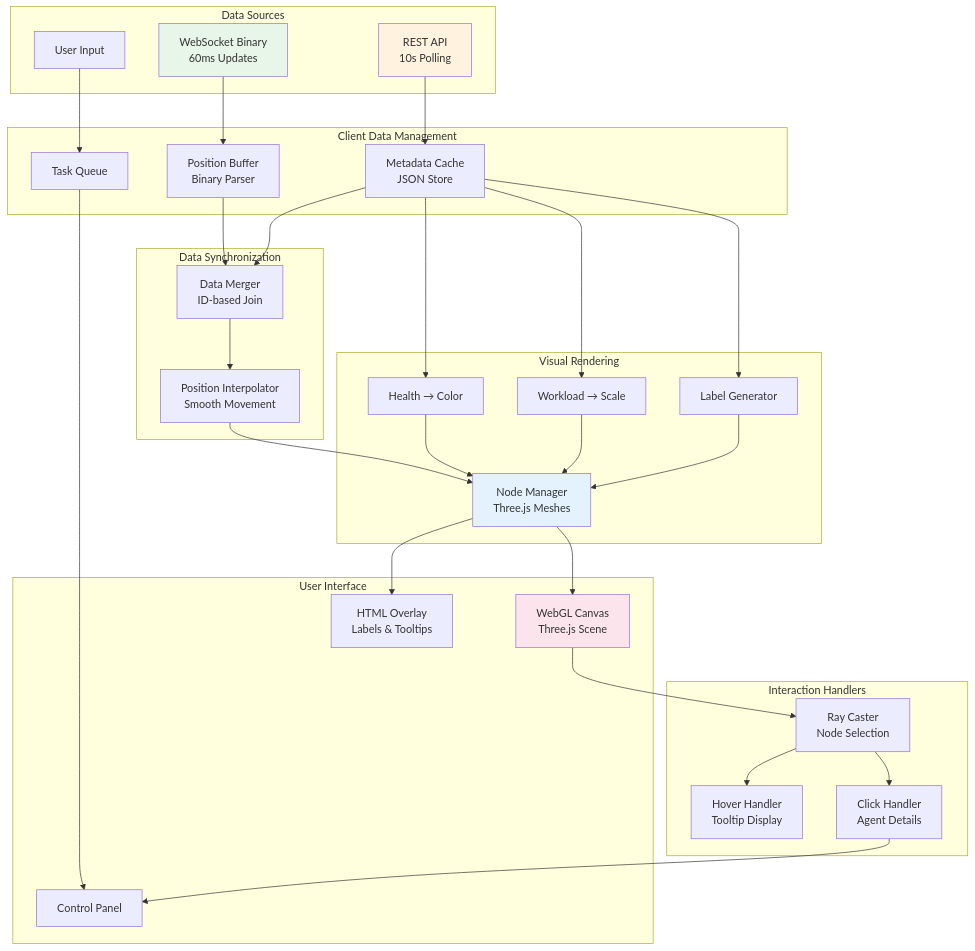
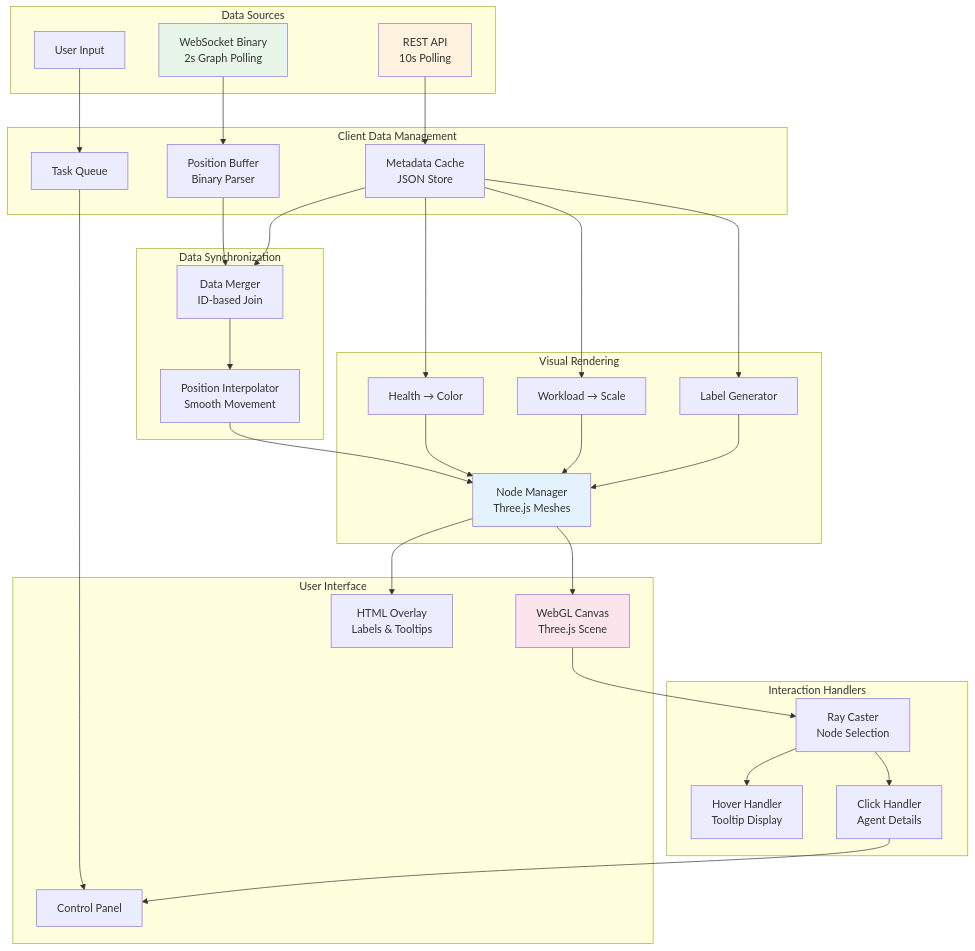
One commit to DreamLab-AI/VisionFlow changed diagram 20 of 21 in docs/diagrams.md. Above: the diagram before and after it, drawn with Mermaid. The commit also changed other lines of this file and 18 other files, not shown here.

````diff
--- a/docs/diagrams.md
+++ b/docs/diagrams.md
@@ -1320,69 +1321,69 @@
 ```mermaid
 flowchart TB
     subgraph "Data Sources"
-        WS[WebSocket Binary<br/>60ms Updates]
+        WS[WebSocket Binary<br/>2s Graph Polling]
         REST[REST API<br/>10s Polling]
         User[User Input]
     end
 
     subgraph "Client Data Management"
         PosBuffer[Position Buffer<br/>Binary Parser]
         MetaCache[Metadata Cache<br/>JSON Store]
         TaskQueue[Task Queue]
 
         WS --> PosBuffer
         REST --> MetaCache
         User --> TaskQueue
     end
 
     subgraph "Data Synchronization"
         Merger[Data Merger<br/>ID-based Join]
         Interpolator[Position Interpolator<br/>Smooth Movement]
 
         PosBuffer --> Merger
         MetaCache --> Merger
         Merger --> Interpolator
     end
 
     subgraph "Visual Rendering"
         NodeManager[Node Manager<br/>Three.js Meshes]
         ColorMapper[Health → Color]
         SizeMapper[Workload → Scale]
         LabelGen[Label Generator]
 
         Interpolator --> NodeManager
         MetaCache --> ColorMapper
         MetaCache --> SizeMapper
         MetaCache --> LabelGen
 
         ColorMapper --> NodeManager
         SizeMapper --> NodeManager
         LabelGen --> NodeManager
     end
 
     subgraph "User Interface"
         Canvas3D[WebGL Canvas<br/>Three.js Scene]
         Overlay[HTML Overlay<br/>Labels & Tooltips]
         Controls[Control Panel]
 
         NodeManager --> Canvas3D
         NodeManager --> Overlay
         TaskQueue --> Controls
     end
 
     subgraph "Interaction Handlers"
         Picker[Ray Caster<br/>Node Selection]
         Hover[Hover Handler<br/>Tooltip Display]
         Click[Click Handler<br/>Agent Details]
 
         Canvas3D --> Picker
         Picker --> Hover
         Picker --> Click
         Click --> Controls
     end
 
     style WS fill:#e8f5e9
     style REST fill:#fff3e0
     style NodeManager fill:#e3f2fd
     style Canvas3D fill:#fce4ec
 ```
````
